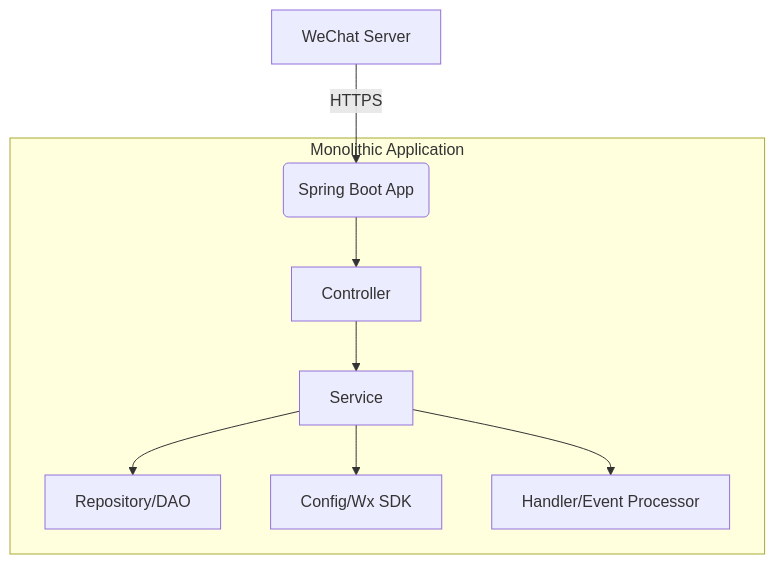
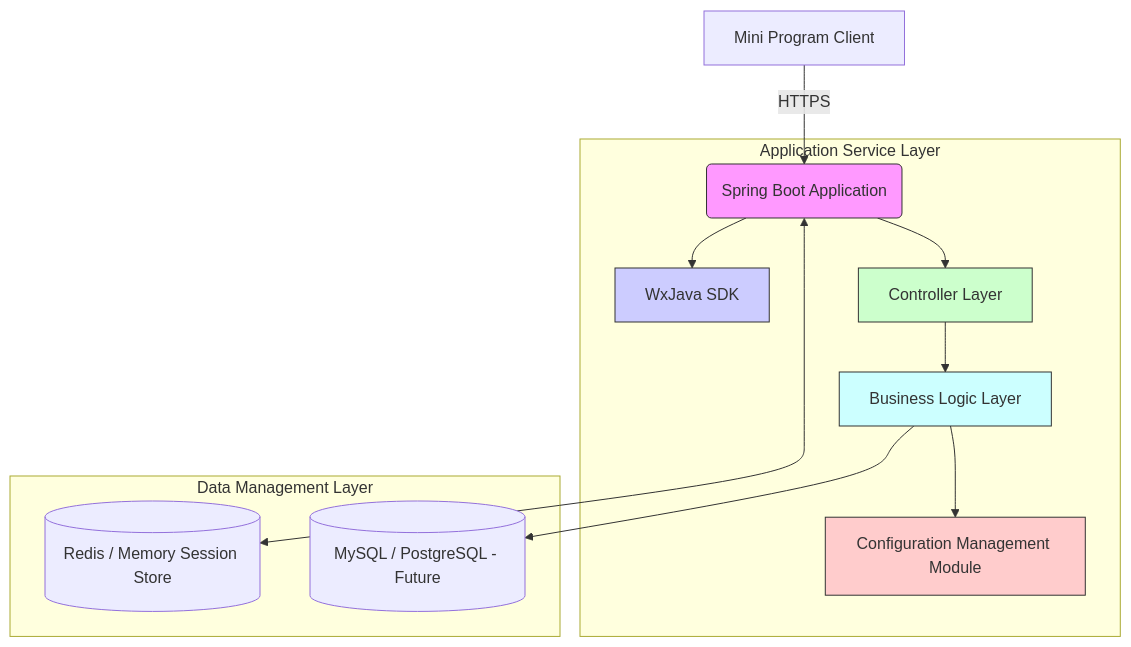
One commit to v-wjrong/binary_weixin-java-miniapp-demo changed the diagram in docs/en/summary/system_architecture.md. Above: the diagram before and after it, drawn with Mermaid. The commit also changed other lines of this file and 47 other files, not shown here.

````diff
--- a/docs/en/summary/system_architecture.md
+++ b/docs/en/summary/system_architecture.md
@@ -88,11 +141,25 @@
 ```mermaid
 graph TD
-    A[WeChat Server] -- HTTPS --> B(Spring Boot App)
-    subgraph Monolithic Application
-        B --> C[Controller]
-        C --> D[Service]
-        D --> E[Repository/DAO]
-        D --> F[Config/Wx SDK]
-        D --> G[Handler/Event Processor]
+    A[Mini Program Client] -- HTTPS --> B(Spring Boot Application)
+    
+    subgraph Application Service Layer
+        B --> C[WxJava SDK]
+        B --> D[Controller Layer]
+        D --> E[Business Logic Layer]
+        E --> F[Configuration Management Module]
     end
+    
+    subgraph Data Management Layer
+        G[(Redis / Memory Session Store)]
+        H[(MySQL / PostgreSQL - Future)]
+    end
+    
+    B <--> G
+    E --> H
+    
+    style B fill:#f9f,stroke:#333
+    style C fill:#ccf,stroke:#333
+    style D fill:#cfc,stroke:#333
+    style E fill:#cff,stroke:#333
+    style F fill:#fcc,stroke:#333
 ```
````
